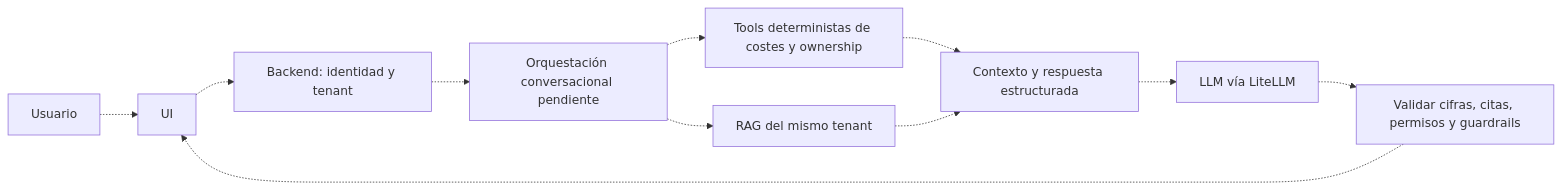
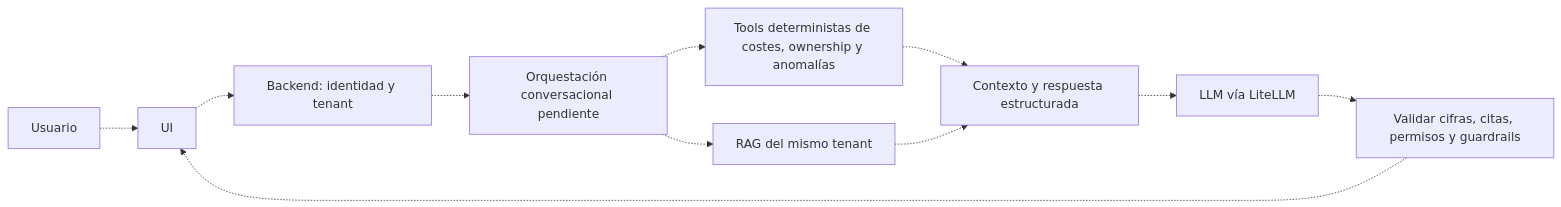
One commit to EconomiconFinOps/tfm-economicon changed the fifth of 8 diagrams in docs/architecture.md. Above: the diagram before and after it, drawn with Mermaid. The commit also changed other lines of this file and 5 other files, not shown here.

````diff
--- a/docs/architecture.md
+++ b/docs/architecture.md
@@ -217,13 +236,13 @@
 ```mermaid
 flowchart LR
   U[Usuario] -.-> UI[UI]
   UI -.-> B[Backend: identidad y tenant]
   B -.-> O[Orquestación conversacional pendiente]
-  O -.-> T[Tools deterministas de costes y ownership]
+  O -.-> T[Tools deterministas de costes, ownership y anomalías]
   O -.-> R[RAG del mismo tenant]
   T -.-> G[Contexto y respuesta estructurada]
   R -.-> G
   G -.-> L[LLM vía LiteLLM]
   L -.-> V[Validar cifras, citas, permisos y guardrails]
   V -.-> UI
 ```
````
